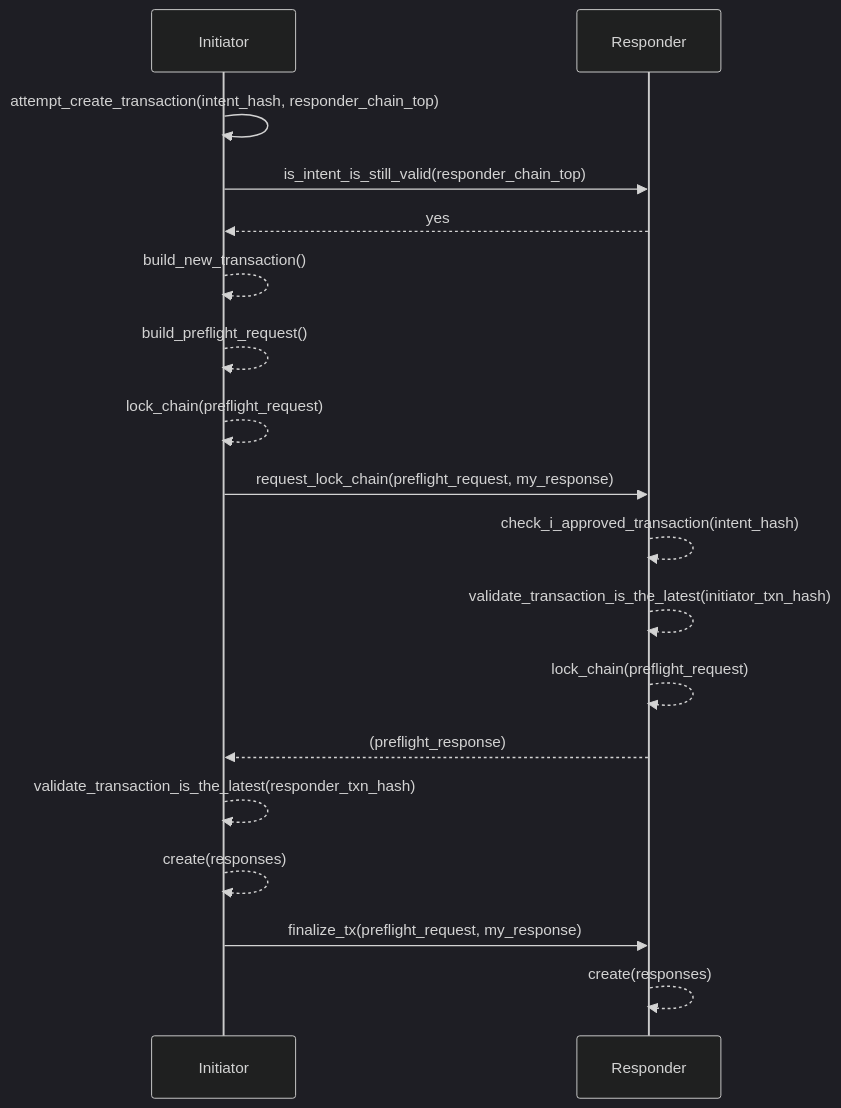
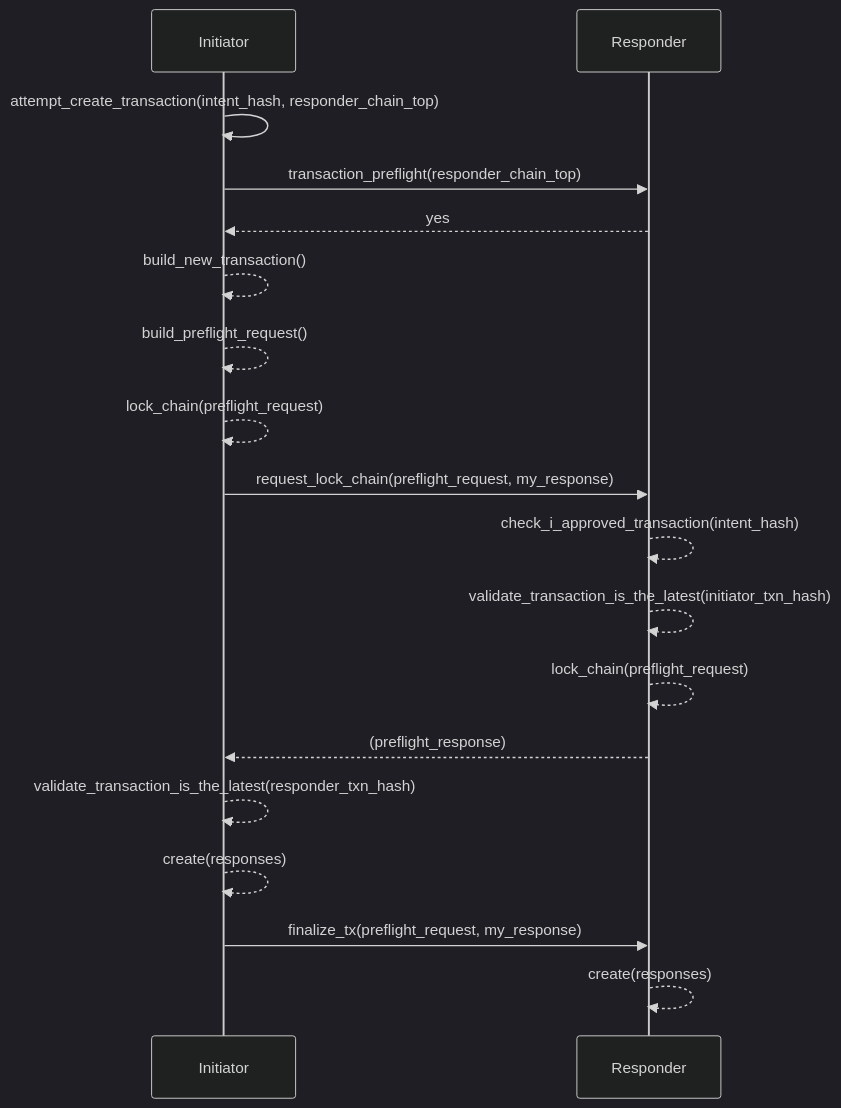
One commit to darksoil-studio/mutual-credit changed the second of 2 diagrams in libs/transaction_requests/DESIGN.md. Above: the diagram before and after it, drawn with Mermaid (dark theme). The commit also changed 25 other files, not shown here.

````diff
--- a/libs/transaction_requests/DESIGN.md
+++ b/libs/transaction_requests/DESIGN.md
@@ -14,20 +14,20 @@
 ```mermaid
 
 sequenceDiagram
 
 Initiator->>Initiator: attempt_create_transaction(intent_hash, responder_chain_top)
-Initiator->>Responder: is_intent_is_still_valid(responder_chain_top)
+Initiator->>Responder: transaction_preflight(responder_chain_top)
 Responder-->>Initiator: yes
 Initiator-->>Initiator: build_new_transaction()
 Initiator-->>Initiator: build_preflight_request()
 Initiator-->>Initiator: lock_chain(preflight_request)
 Initiator->>Responder: request_lock_chain(preflight_request, my_response)
 Responder-->>Responder: check_i_approved_transaction(intent_hash)
 Responder-->>Responder: validate_transaction_is_the_latest(initiator_txn_hash)
 Responder-->>Responder: lock_chain(preflight_request)
 Responder-->>Initiator: (preflight_response)
 Initiator-->>Initiator: validate_transaction_is_the_latest(responder_txn_hash)
 Initiator-->>Initiator: create(responses)
 Initiator->>Responder: finalize_tx(preflight_request, my_response)
 Responder-->>Responder: create(responses)
 ```
````
